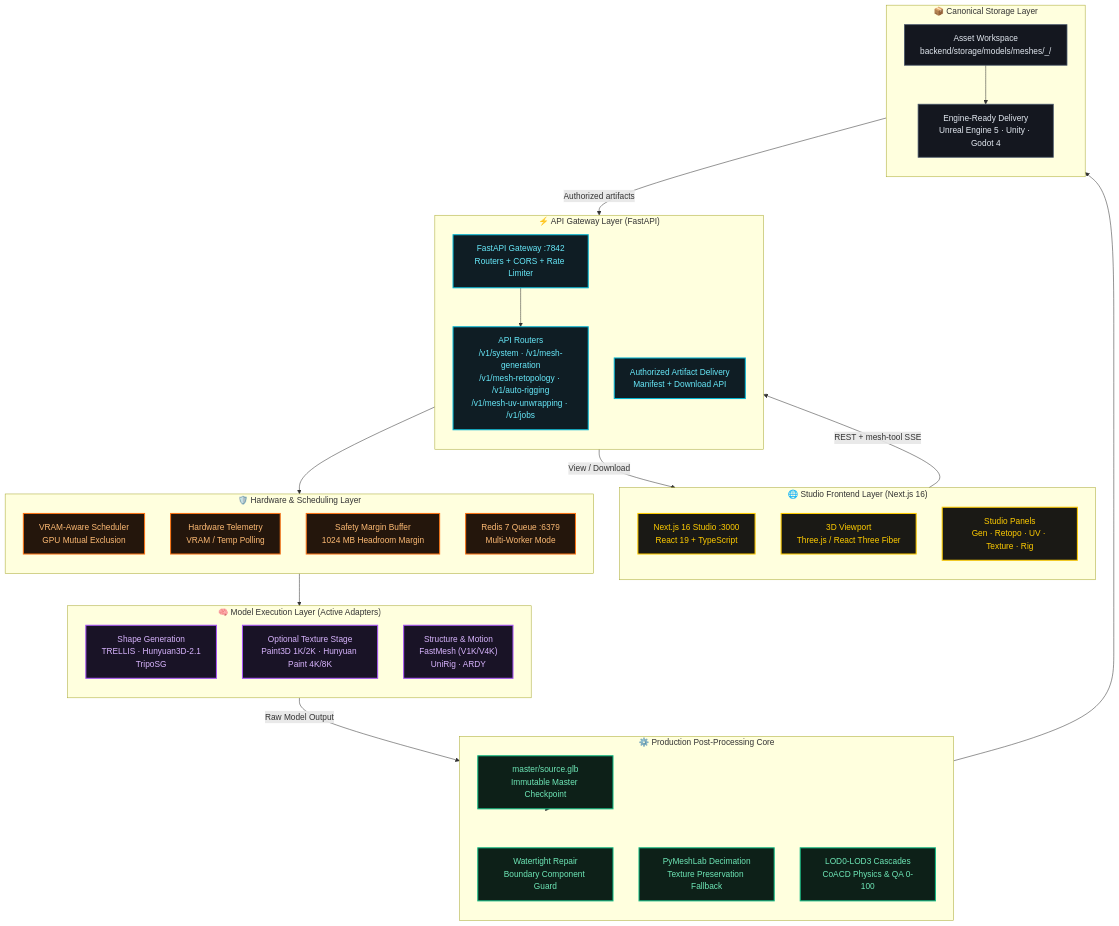
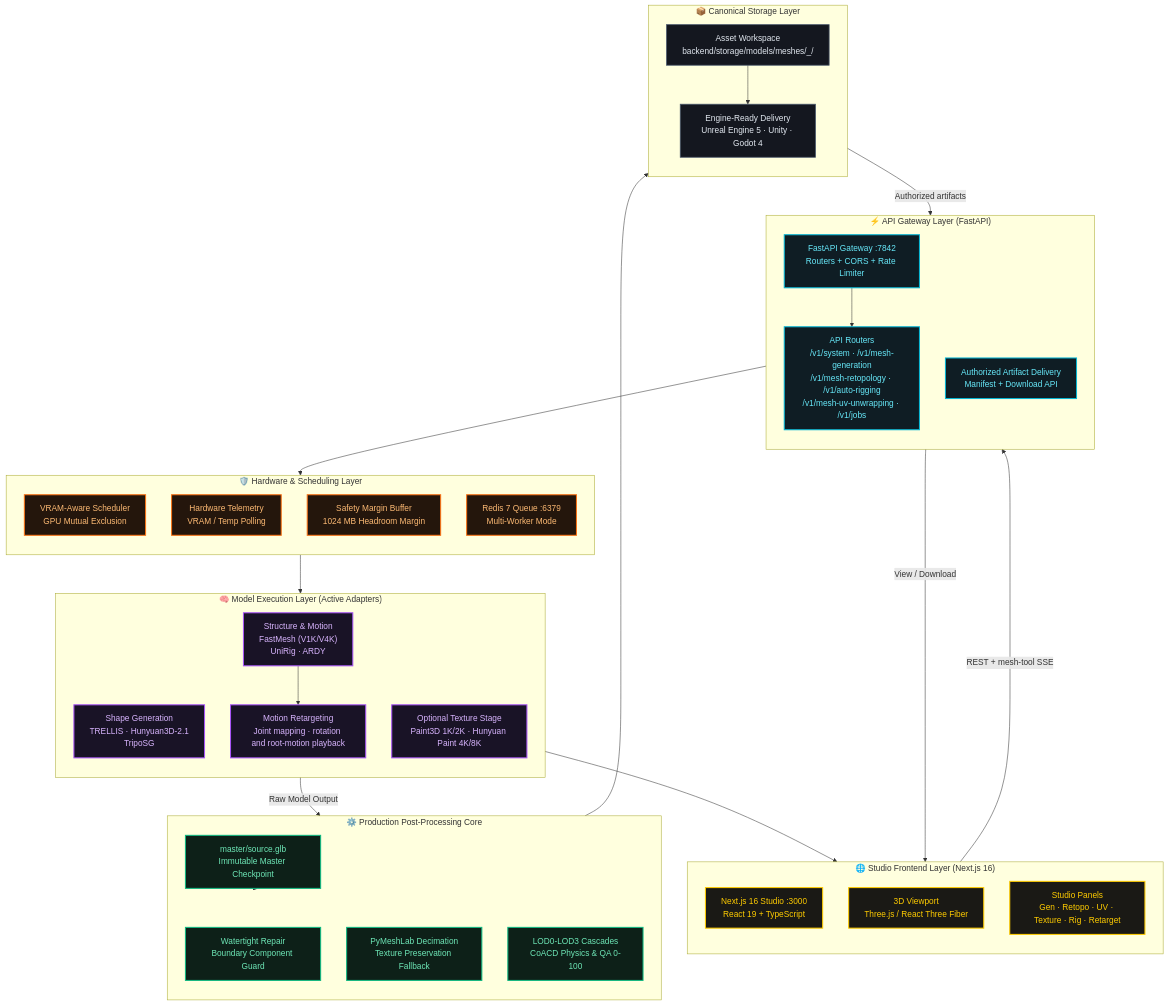
One commit to Silentzx2/ForMash3D changed the first of 4 diagrams in Docs/ARCHITECTURE.md. Above: the diagram before and after it, drawn with Mermaid. The commit also changed other lines of this file and 23 other files, not shown here.

````diff
--- a/Docs/ARCHITECTURE.md
+++ b/Docs/ARCHITECTURE.md
@@ -33,64 +33,67 @@
 ```mermaid
 flowchart TB
     %% Sleek Studio Palette
     classDef gold fill:#1a1915,stroke:#ffcc00,stroke-width:2px,color:#ffcc00;
     classDef cyan fill:#0f1d24,stroke:#06b6d4,stroke-width:2px,color:#67e8f9;
     classDef purple fill:#191326,stroke:#a855f7,stroke-width:2px,color:#d8b4fe;
     classDef green fill:#0d2018,stroke:#10b981,stroke-width:2px,color:#6ee7b7;
     classDef orange fill:#24160c,stroke:#f97316,stroke-width:2px,color:#fdba74;
     classDef slate fill:#14171f,stroke:#475569,stroke-width:1.5px,color:#e2e8f0;
 
     subgraph LAYER["🌐 Studio Frontend Layer (Next.js 16)"]
         direction TB
         NEXT["Next.js 16 Studio :3000<br/>React 19 + TypeScript"]:::gold
         VPORT["3D Viewport<br/>Three.js / React Three Fiber"]:::gold
-        CONTROLS["Studio Panels<br/>Gen · Retopo · UV · Texture · Rig"]:::gold
+        CONTROLS["Studio Panels<br/>Gen · Retopo · UV · Texture · Rig · Retarget"]:::gold
     end
 
     subgraph GW["⚡ API Gateway Layer (FastAPI)"]
         direction TB
         API["FastAPI Gateway :7842<br/>Routers + CORS + Rate Limiter"]:::cyan
         ROUTERS["API Routers<br/>/v1/system · /v1/mesh-generation<br/>/v1/mesh-retopology · /v1/auto-rigging<br/>/v1/mesh-uv-unwrapping · /v1/jobs"]:::cyan
         STATIC["Authorized Artifact Delivery<br/>Manifest + Download API"]:::cyan
     end
 
     subgraph SCHEDULER["🛡️ Hardware & Scheduling Layer"]
         direction TB
         SCHED["VRAM-Aware Scheduler<br/>GPU Mutual Exclusion"]:::orange
         GPU_MON["Hardware Telemetry<br/>VRAM / Temp Polling"]:::orange
         VRAM_BUF["Safety Margin Buffer<br/>1024 MB Headroom Margin"]:::orange
         REDIS["Redis 7 Queue :6379<br/>Multi-Worker Mode"]:::orange
     end
 
     subgraph CORE["🧠 Model Execution Layer (Active Adapters)"]
         direction TB
         SHAPE["Shape Generation<br/>TRELLIS · Hunyuan3D-2.1<br/>TripoSG"]:::purple
         PAINT["Optional Texture Stage<br/>Paint3D 1K/2K · Hunyuan Paint 4K/8K"]:::purple
         STRUCT["Structure & Motion<br/>FastMesh (V1K/V4K)<br/>UniRig · ARDY"]:::purple
+        RETARGET["Motion Retargeting<br/>Joint mapping · rotation and root-motion playback"]:::purple
     end
 
     subgraph POST["⚙️ Production Post-Processing Core"]
         direction TB
         SRC_CHECK["master/source.glb<br/>Immutable Master Checkpoint"]:::green
         REPAIR["Watertight Repair<br/>Boundary Component Guard"]:::green
         SIMPLIFY["PyMeshLab Decimation<br/>Texture Preservation Fallback"]:::green
         FINISH["LOD0-LOD3 Cascades<br/>CoACD Physics & QA 0-100"]:::green
     end
 
     subgraph DATA["📦 Canonical Storage Layer"]
         direction TB
         LOCAL["Asset Workspace<br/>backend/storage/models/meshes/<asset>_<job_id>/"]:::slate
         ZIP["Engine-Ready Delivery<br/>Unreal Engine 5 · Unity · Godot 4"]:::slate
     end
 
     LAYER -->|"REST + mesh-tool SSE"| GW
     API --> ROUTERS
     ROUTERS --> SCHEDULER
     SCHEDULER --> CORE
+    STRUCT --> RETARGET
+    RETARGET --> VPORT
     CORE -->|"Raw Model Output"| SRC_CHECK
     SRC_CHECK --> POST
     POST --> LOCAL
     LOCAL --> ZIP
     LOCAL -->|"Authorized artifacts"| STATIC
     STATIC -->|"View / Download"| VPORT
 ```
````
